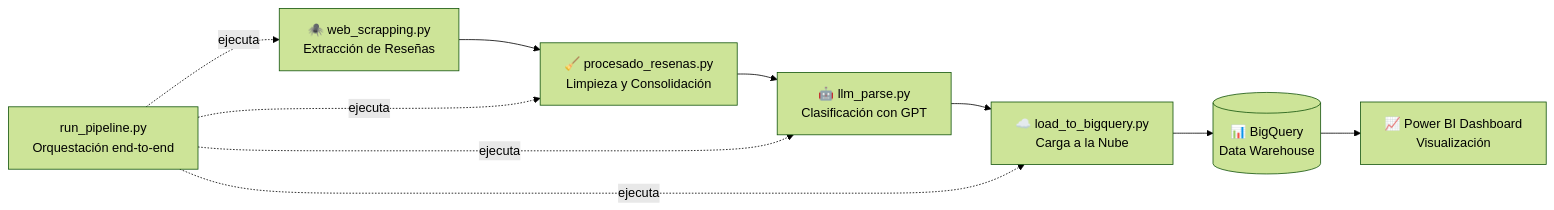
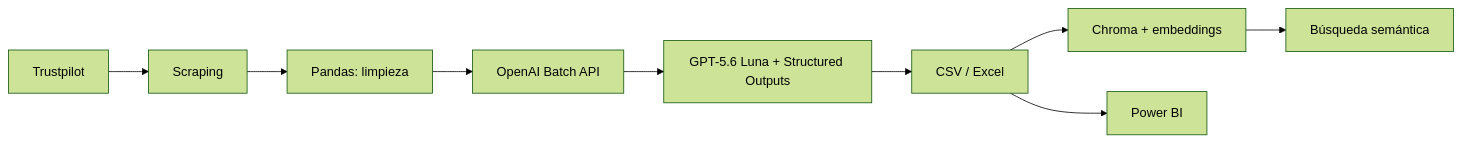
The diagram in README.md (fjgonzalezmgt/sentiment_analysis), drawn with Mermaid (forest theme) before and after one commit. The commit also changed other lines of this file and 16 other files, not shown here.

First line of the commit message:
feat: Refactor pipeline to persist and vectorize results in Chroma

````diff
--- a/README.md
+++ b/README.md
@@ -249,14 +9,11 @@
 ```mermaid
-graph LR
-    A[🕷️ web_scrapping.py<br/>Extracción de Reseñas] 
-    A --> B[🧹 procesado_resenas.py<br/>Limpieza y Consolidación]
-    B --> C[🤖 llm_parse.py<br/>Clasificación con GPT]
-    C --> D[☁️ load_to_bigquery.py<br/>Carga a la Nube]
-    D --> E[(📊 BigQuery<br/>Data Warehouse)]
-    E --> F[📈 Power BI Dashboard<br/>Visualización]
-
-  X[run_pipeline.py<br/>Orquestación end-to-end] -. ejecuta .-> A
-  X -. ejecuta .-> B
-  X -. ejecuta .-> C
-  X -. ejecuta .-> D
+flowchart LR
+    A[Trustpilot] --> B[Scraping]
+    B --> C[Pandas: limpieza]
+    C --> D[OpenAI Batch API]
+    D --> E[GPT-5.6 Luna + Structured Outputs]
+    E --> F[CSV / Excel]
+    F --> G[Chroma + embeddings]
+    F --> H[Power BI]
+    G --> I[Búsqueda semántica]
 ```
````
